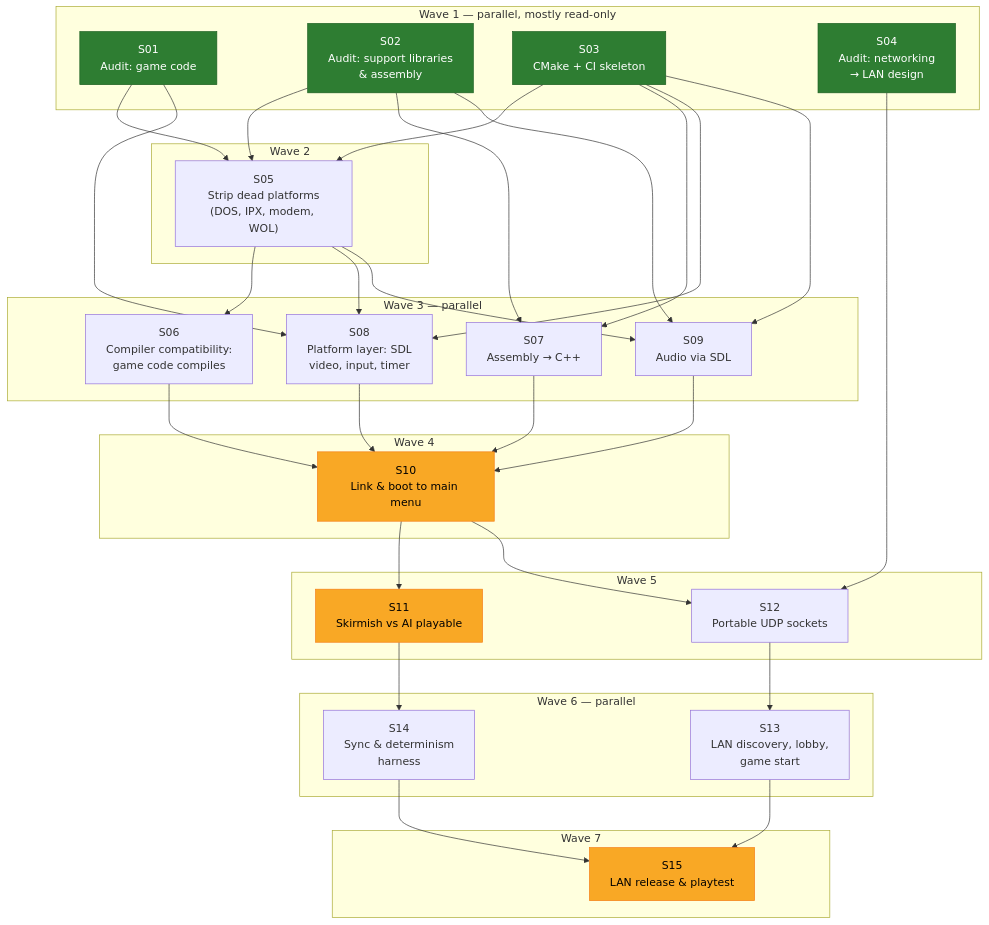
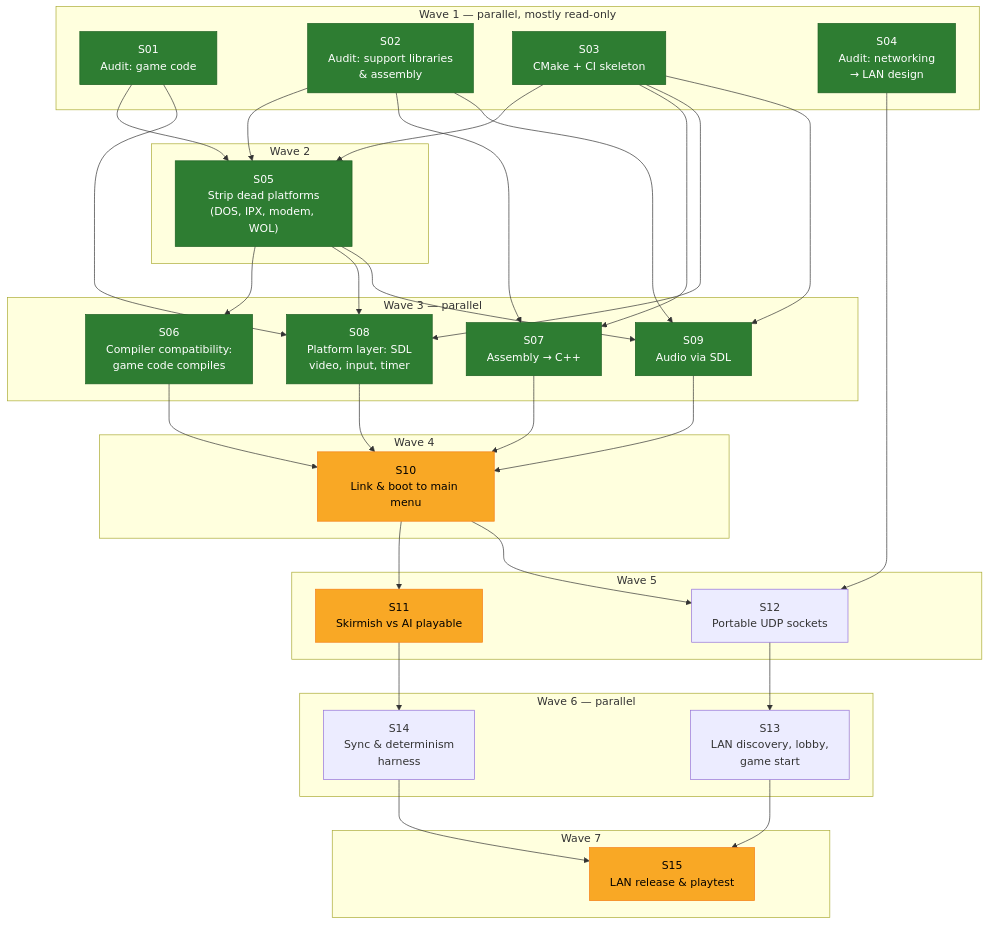
Before and after one commit to Rjviviers/CnC_Red_Alert_remaster: the second of 2 diagrams in docs/roadmap.md, drawn with Mermaid. The commit also changed 5 other files, not shown here.

First line of the commit message:
Close Wave 3: review log, roadmap, S10 link status

````diff
--- a/docs/roadmap.md
+++ b/docs/roadmap.md
@@ -30,66 +30,66 @@
 ```mermaid
 flowchart TB
     subgraph W1["Wave 1 — parallel, mostly read-only"]
         S01["S01<br/>Audit: game code"]
         S02["S02<br/>Audit: support libraries<br/>& assembly"]
         S03["S03<br/>CMake + CI skeleton"]
         S04["S04<br/>Audit: networking<br/>→ LAN design"]
     end
 
     subgraph W2["Wave 2"]
         S05["S05<br/>Strip dead platforms<br/>(DOS, IPX, modem, WOL)"]
     end
 
     subgraph W3["Wave 3 — parallel"]
         S06["S06<br/>Compiler compatibility:<br/>game code compiles"]
         S07["S07<br/>Assembly → C++"]
         S08["S08<br/>Platform layer: SDL<br/>video, input, timer"]
         S09["S09<br/>Audio via SDL"]
     end
 
     subgraph W4["Wave 4"]
         S10["S10<br/>Link & boot to main menu"]:::ms
     end
 
     subgraph W5["Wave 5"]
         S11["S11<br/>Skirmish vs AI playable"]:::ms
         S12["S12<br/>Portable UDP sockets"]
     end
 
     subgraph W6["Wave 6 — parallel"]
         S13["S13<br/>LAN discovery, lobby,<br/>game start"]
         S14["S14<br/>Sync & determinism<br/>harness"]
     end
 
     subgraph W7["Wave 7"]
         S15["S15<br/>LAN release & playtest"]:::ms
     end
 
     S01 --> S05
     S02 --> S05
     S03 --> S05
     S05 --> S06
     S02 --> S07
     S03 --> S07
     S01 --> S08
     S05 --> S08
     S05 --> S09
     S03 --> S08
     S02 --> S09
     S03 --> S09
     S06 --> S10
     S07 --> S10
     S08 --> S10
     S09 --> S10
     S10 --> S11
     S10 --> S12
     S04 --> S12
     S12 --> S13
     S11 --> S14
     S13 --> S15
     S14 --> S15
 
     classDef ms fill:#f9a825,color:#000,stroke:#f57f17
     classDef done fill:#2e7d32,color:#fff,stroke:#1b5e20
-    class S01,S02,S03,S04 done
+    class S01,S02,S03,S04,S05,S06,S07,S08,S09 done
 ```
````
